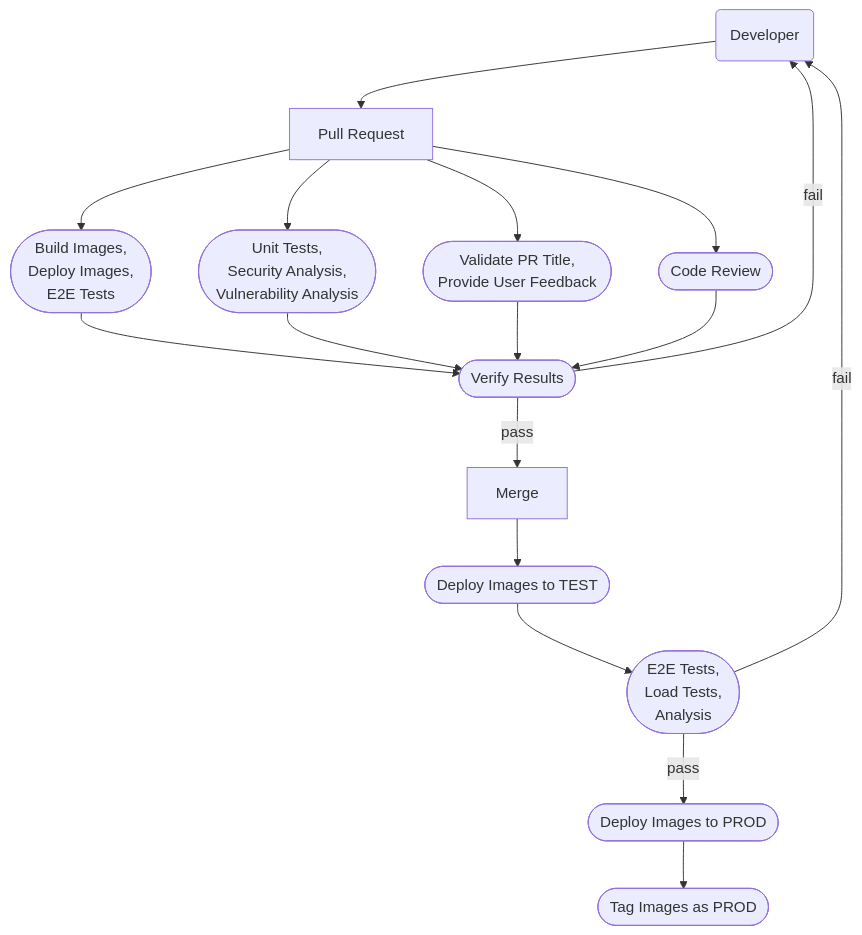
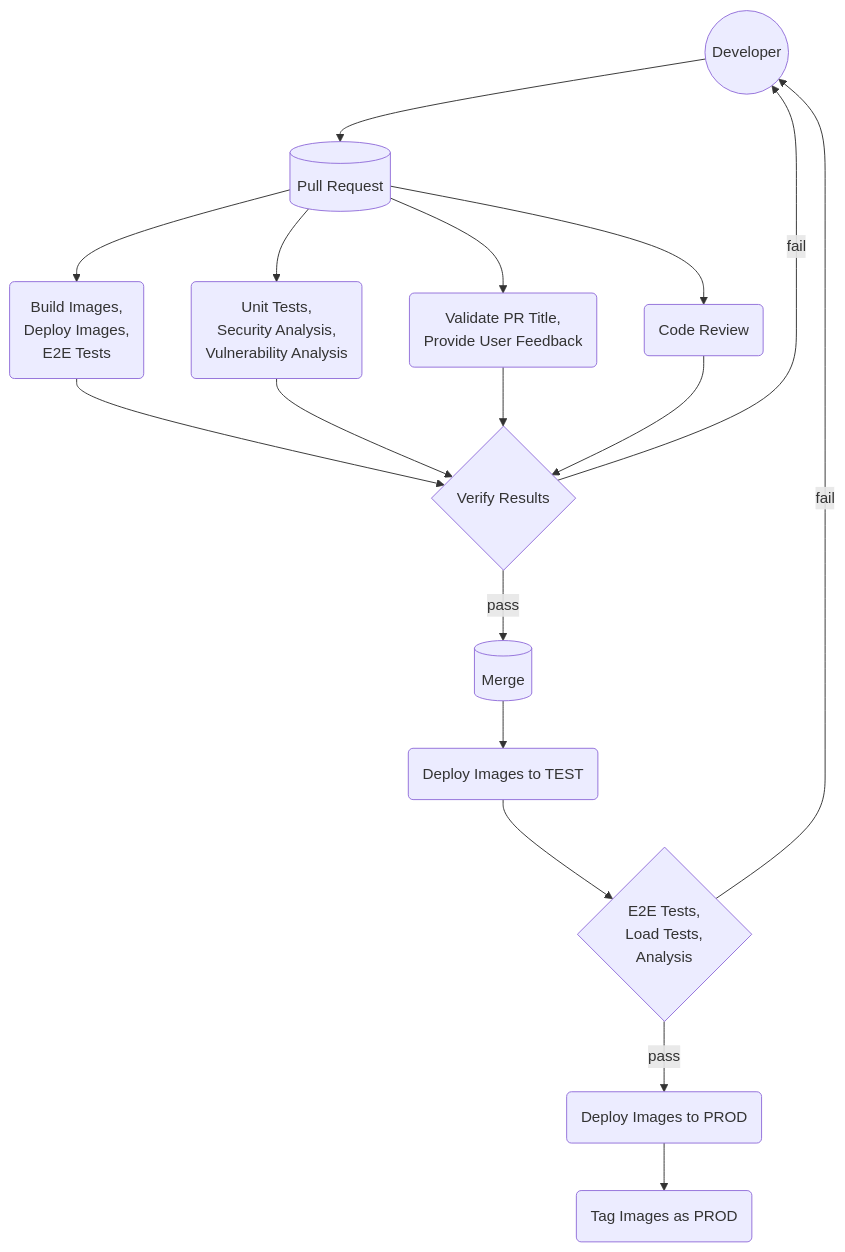
The second of 2 diagrams in README.md (bcgov/quickstart-openshift), drawn with Mermaid before and after one commit. The commit also changed other lines of this file, not shown here.

Commit message:
Make complex diagram fancier

````diff
--- a/README.md
+++ b/README.md
@@ -272,39 +272,39 @@
 ```mermaid
 flowchart TD
-    A(Developer)
-    B[Pull Request]
-    Ba([
+    A@{ shape: circle, label: "Developer" }
+    B[(Pull Request)]
+    Ba(
         Build Images,
         Deploy Images,
         E2E Tests
-    ])
-    Bb([
+    )
+    Bb(
         Unit Tests,
         Security Analysis,
         Vulnerability Analysis
-    ])
-    Bc([
+    )
+    Bc(
         Validate PR Title,
         Provide User Feedback
-    ])
-    Bd([Code Review])
-    F([Verify Results])
-    G[Merge]
-    L([Deploy Images to TEST])
-    M([
-        E2E Tests,
-        Load Tests,
+    )
+    Bd(Code Review)
+    C@{ shape: diamond, label: "Verify Results" }
+    D[(Merge)]
+    E(Deploy Images to TEST)
+    F@{ shape: diamond, label: "E2E Tests, 
+        Load Tests, 
         Analysis
-    ])
-    N([Deploy Images to PROD])
-    O([Tag Images as PROD])
+    "}
+    G(Deploy Images to PROD)
+    H(Tag Images as PROD)
+    
     A --> B
-    B --> Ba --> F
-    B --> Bb --> F
-    B --> Bc --> F
-    B --> Bd --> F
+    B --> Ba --> C
+    B --> Bb --> C
+    B --> Bc --> C
+    B --> Bd --> C
+    C -->|fail| A
+    C -->|pass| D --> E --> F
     F -->|fail| A
-    F -->|pass| G --> L
-    L --> M -->|fail| A
-    M -->|pass| N --> O
+    F -->|pass| G --> H
 ```
````
